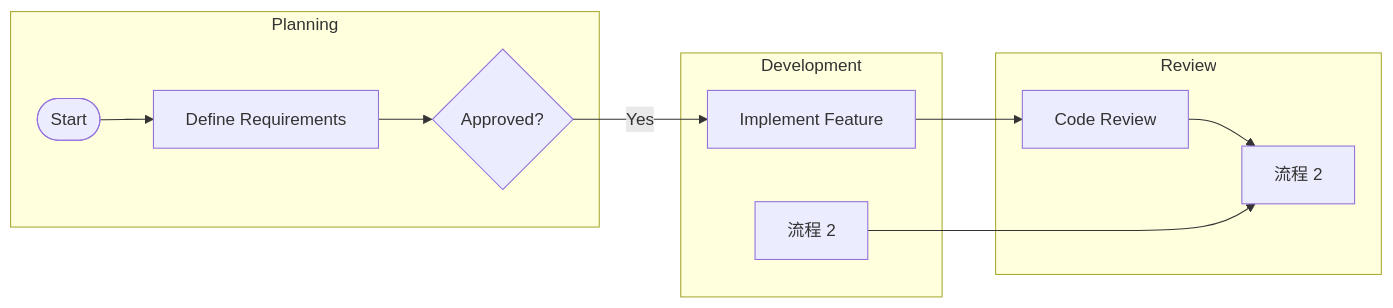
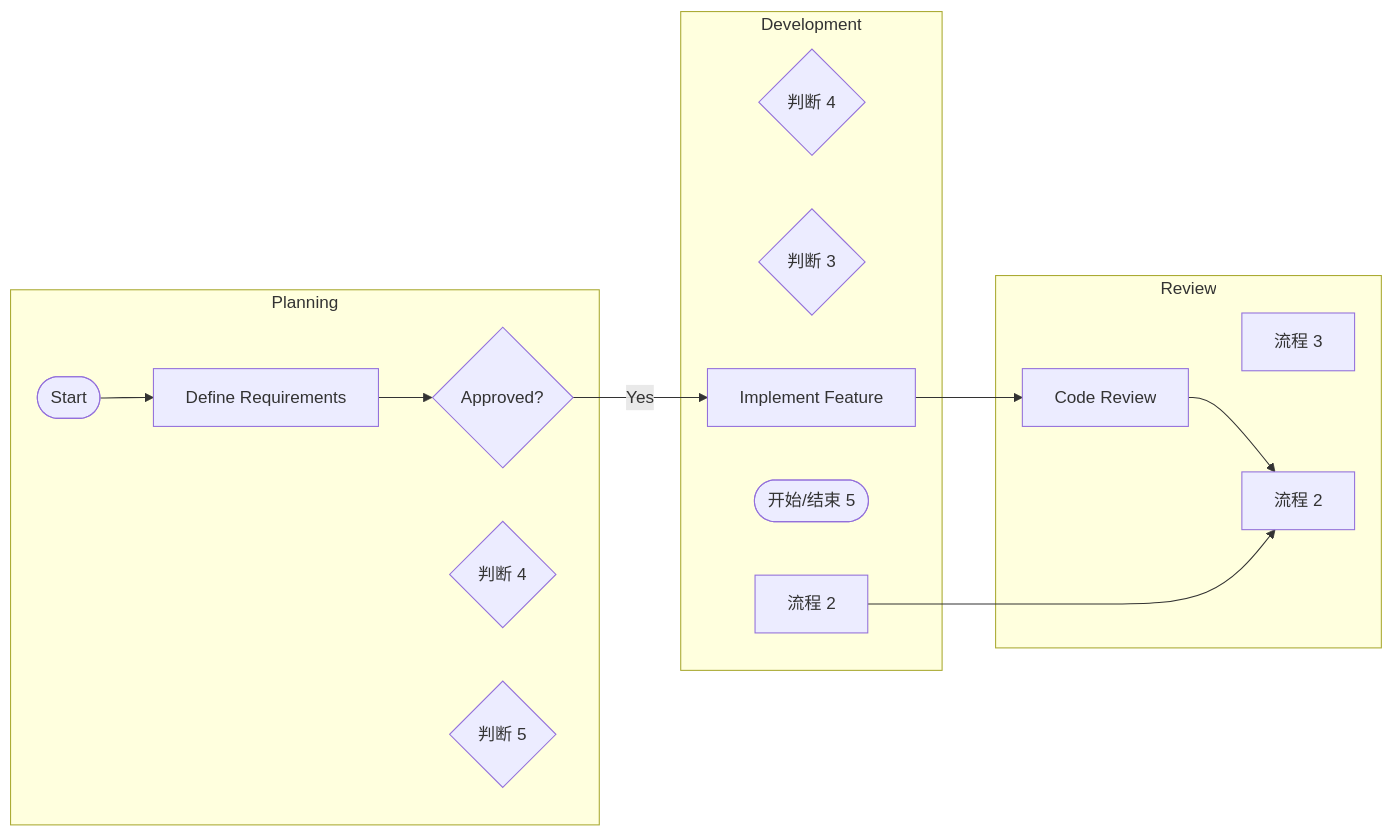
One commit to pingpm/mermaid_vault changed the diagram in mmd/12323_41681640-9752-48cb-9907-d6624d5d20d0.mmd. Above: the diagram before and after it, drawn with Mermaid. The commit also changed 3 other files, not shown here.

Commit message:
Sync Mermaid Studio data (15 diagrams)

```diff
--- a/mmd/12323_41681640-9752-48cb-9907-d6624d5d20d0.mmd
+++ b/mmd/12323_41681640-9752-48cb-9907-d6624d5d20d0.mmd
@@ -1,20 +1,26 @@
 flowchart LR
   subgraph lane_0["Planning"]
     t_0{"Approved?"}
     t_1(["Start"])
     t_2["Define Requirements"]
+    t_3{"判断 4"}
+    t_4{"判断 5"}
   end
   subgraph lane_1["Development"]
-    t_3["Implement Feature"]
-    t_4["流程 2"]
+    t_5{"判断 4"}
+    t_6{"判断 3"}
+    t_7["Implement Feature"]
+    t_8(["开始/结束 5"])
+    t_9["流程 2"]
   end
   subgraph lane_2["Review"]
-    t_5["Code Review"]
-    t_6["流程 2"]
+    t_10["Code Review"]
+    t_11["流程 3"]
+    t_12["流程 2"]
   end
   t_1 --> t_2
   t_2 --> t_0
-  t_0 -->|"Yes"| t_3
-  t_3 --> t_5
-  t_5 --> t_6
-  t_4 --> t_6
+  t_0 -->|"Yes"| t_7
+  t_7 --> t_10
+  t_10 --> t_12
+  t_9 --> t_12
```
